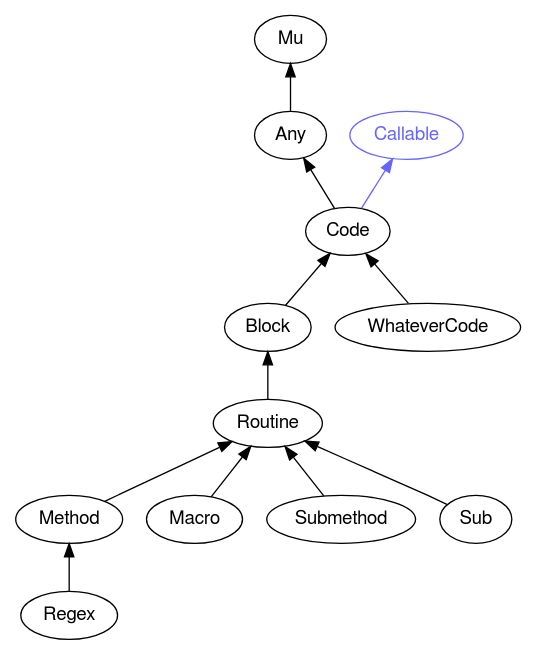
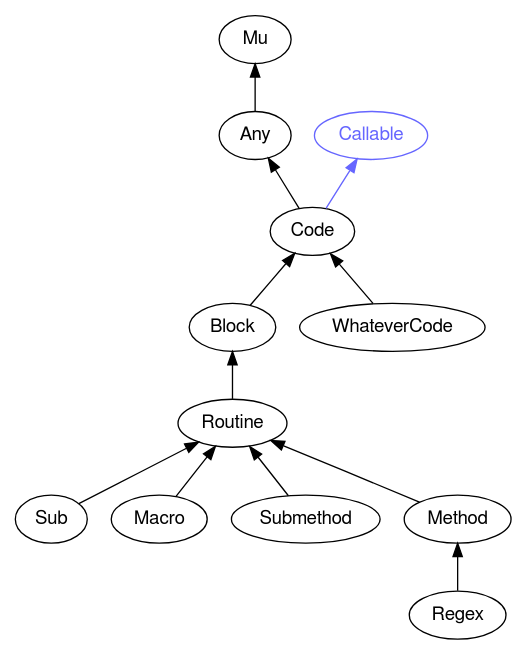
Before and after one commit to rakudocs/rakudocs.github.io: the diagram in images/type-graph-Code.svg.dot, drawn with Graphviz. The commit also changed other lines of this file and 450 other files, not shown here.

```diff
--- a/images/type-graph-Code.svg.dot
+++ b/images/type-graph-Code.svg.dot
@@ -1,33 +1,33 @@
 digraph "perl6-type-graph" {
     rankdir=BT;
     splines=polyline;
     overlap=false; 
     // Types
     "Code" [color="#000000", fontcolor="#000000", href="/type/Code", fontname="FreeSans"];
     "Mu" [color="#000000", fontcolor="#000000", href="/type/Mu", fontname="FreeSans"];
     "Any" [color="#000000", fontcolor="#000000", href="/type/Any", fontname="FreeSans"];
     "Callable" [color="#6666FF", fontcolor="#6666FF", href="/type/Callable", fontname="FreeSans"];
     "Block" [color="#000000", fontcolor="#000000", href="/type/Block", fontname="FreeSans"];
     "WhateverCode" [color="#000000", fontcolor="#000000", href="/type/WhateverCode", fontname="FreeSans"];
     "Routine" [color="#000000", fontcolor="#000000", href="/type/Routine", fontname="FreeSans"];
-    "Method" [color="#000000", fontcolor="#000000", href="/type/Method", fontname="FreeSans"];
+    "Sub" [color="#000000", fontcolor="#000000", href="/type/Sub", fontname="FreeSans"];
     "Macro" [color="#000000", fontcolor="#000000", href="/type/Macro", fontname="FreeSans"];
     "Submethod" [color="#000000", fontcolor="#000000", href="/type/Submethod", fontname="FreeSans"];
-    "Sub" [color="#000000", fontcolor="#000000", href="/type/Sub", fontname="FreeSans"];
+    "Method" [color="#000000", fontcolor="#000000", href="/type/Method", fontname="FreeSans"];
     "Regex" [color="#000000", fontcolor="#000000", href="/type/Regex", fontname="FreeSans"];
 
     // Superclasses
     "Code" -> "Any" [color="#000000"];
     "Any" -> "Mu" [color="#000000"];
     "Block" -> "Code" [color="#000000"];
     "WhateverCode" -> "Code" [color="#000000"];
     "Routine" -> "Block" [color="#000000"];
-    "Method" -> "Routine" [color="#000000"];
+    "Sub" -> "Routine" [color="#000000"];
     "Macro" -> "Routine" [color="#000000"];
     "Submethod" -> "Routine" [color="#000000"];
-    "Sub" -> "Routine" [color="#000000"];
+    "Method" -> "Routine" [color="#000000"];
     "Regex" -> "Method" [color="#000000"];
 
     // Roles
     "Code" -> "Callable" [color="#6666FF"];
 }
```
